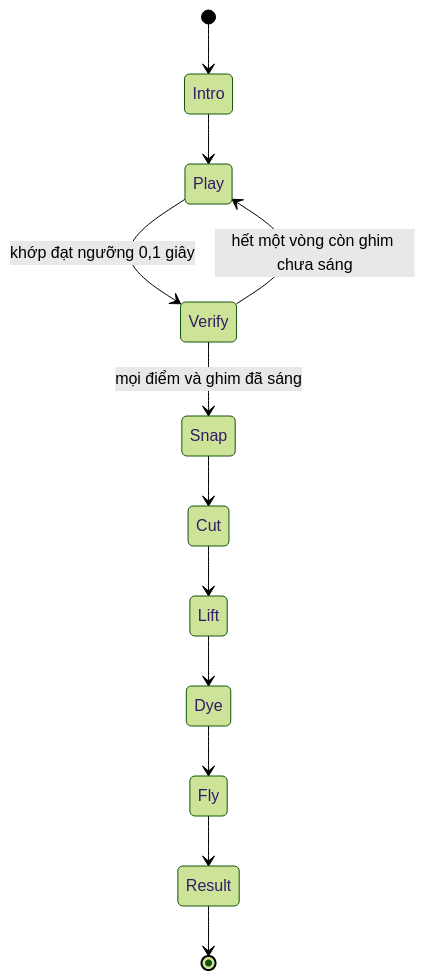
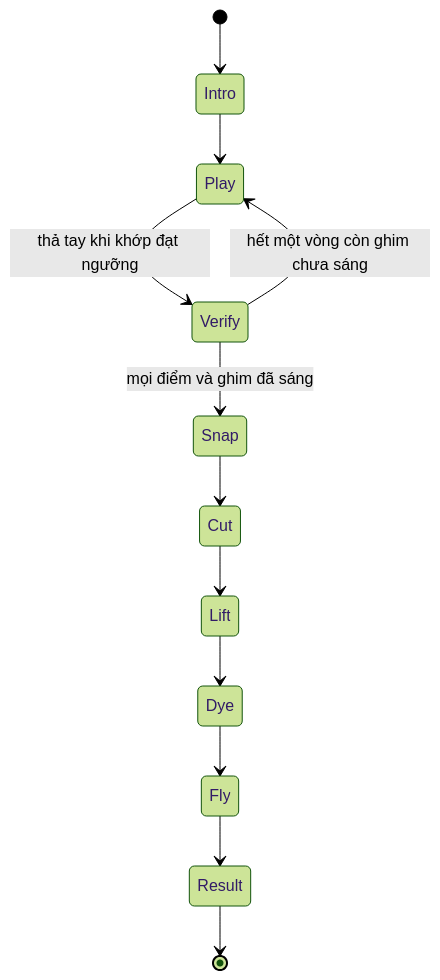
The third of 3 diagrams in Assets/Docs/GraphNode-Puzzle-Kien-truc.md (Labyrinth-solv/GraphNode-Puzzle), drawn with Mermaid (forest theme) before and after one commit. The commit also changed other lines of this file and 2 other files, not shown here.

````diff
--- a/Assets/Docs/GraphNode-Puzzle-Kien-truc.md
+++ b/Assets/Docs/GraphNode-Puzzle-Kien-truc.md
@@ -228,14 +229,14 @@
 ```mermaid
 stateDiagram-v2
     [*] --> Intro
     Intro --> Play
-    Play --> Verify: khớp đạt ngưỡng 0,1 giây
+    Play --> Verify: thả tay khi khớp đạt ngưỡng
     Verify --> Play: hết một vòng còn ghim chưa sáng
     Verify --> Snap: mọi điểm và ghim đã sáng
     Snap --> Cut
     Cut --> Lift
     Lift --> Dye
     Dye --> Fly
     Fly --> Result
     Result --> [*]
 ```
````
